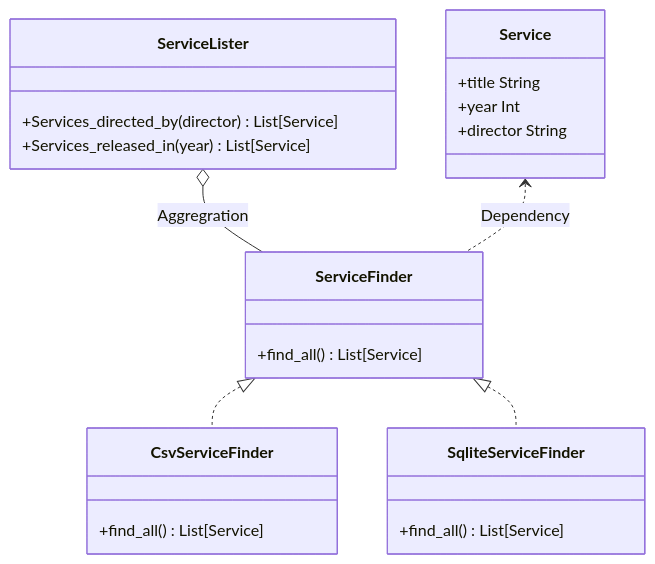
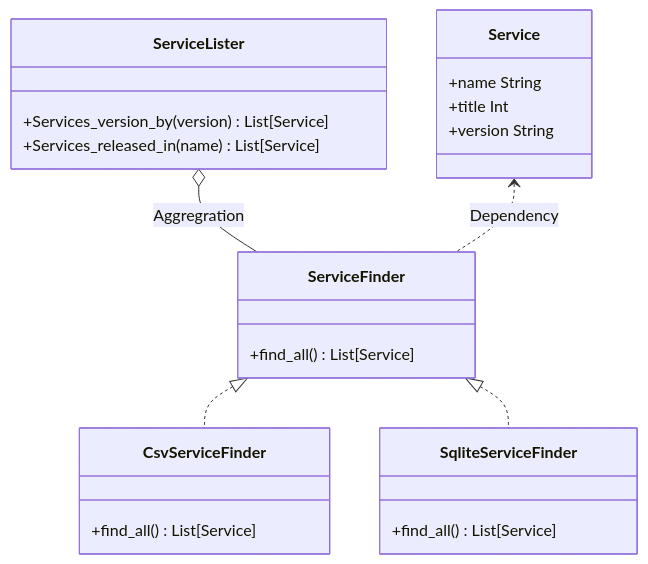
The diagram in README.md (1eedaegon/py-dev-env-practice), drawn with Mermaid before and after one commit.

````diff
--- a/README.md
+++ b/README.md
@@ -5,25 +5,25 @@
 ```mermaid
 classDiagram
 	class ServiceLister
-		ServiceLister : +Services_directed_by(director) List[Service]
-		ServiceLister : +Services_released_in(year) List[Service]
+		ServiceLister : +Services_version_by(version) List[Service]
+		ServiceLister : +Services_released_in(name) List[Service]
 	
 	class ServiceFinder
 		ServiceFinder: +find_all() List[Service]
 	
 	class Service
-		Service: +title String
-		Service: +year Int
-		Service: +director String
+		Service: +name String
+		Service: +title Int
+		Service: +version String
 		
 	class CsvServiceFinder
 		CsvServiceFinder: +find_all() List[Service]
 	
 	class SqliteServiceFinder
 		SqliteServiceFinder: +find_all() List[Service]
 		
 	ServiceLister o-- ServiceFinder: Aggregration 
 	Service <.. ServiceFinder: Dependency
 	ServiceFinder <|..CsvServiceFinder 
 	ServiceFinder <|.. SqliteServiceFinder 
 ```
````
